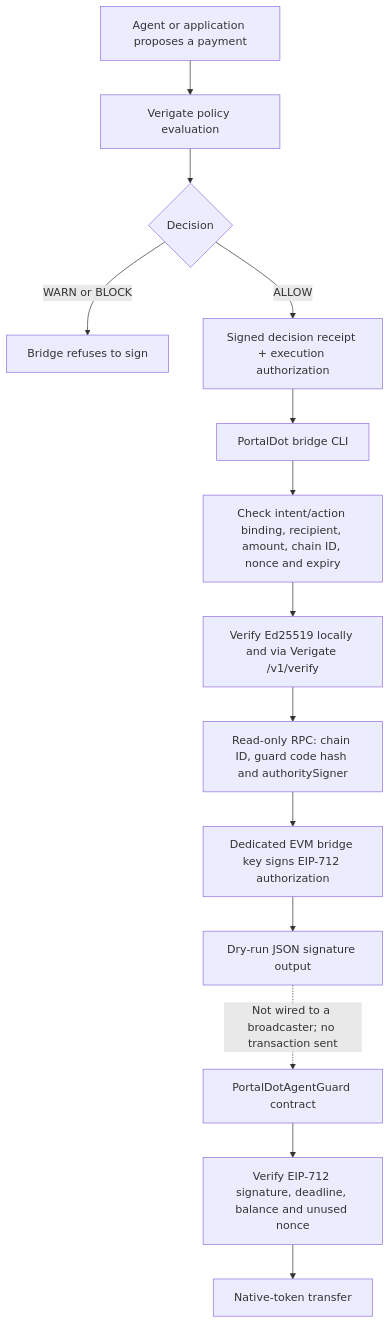
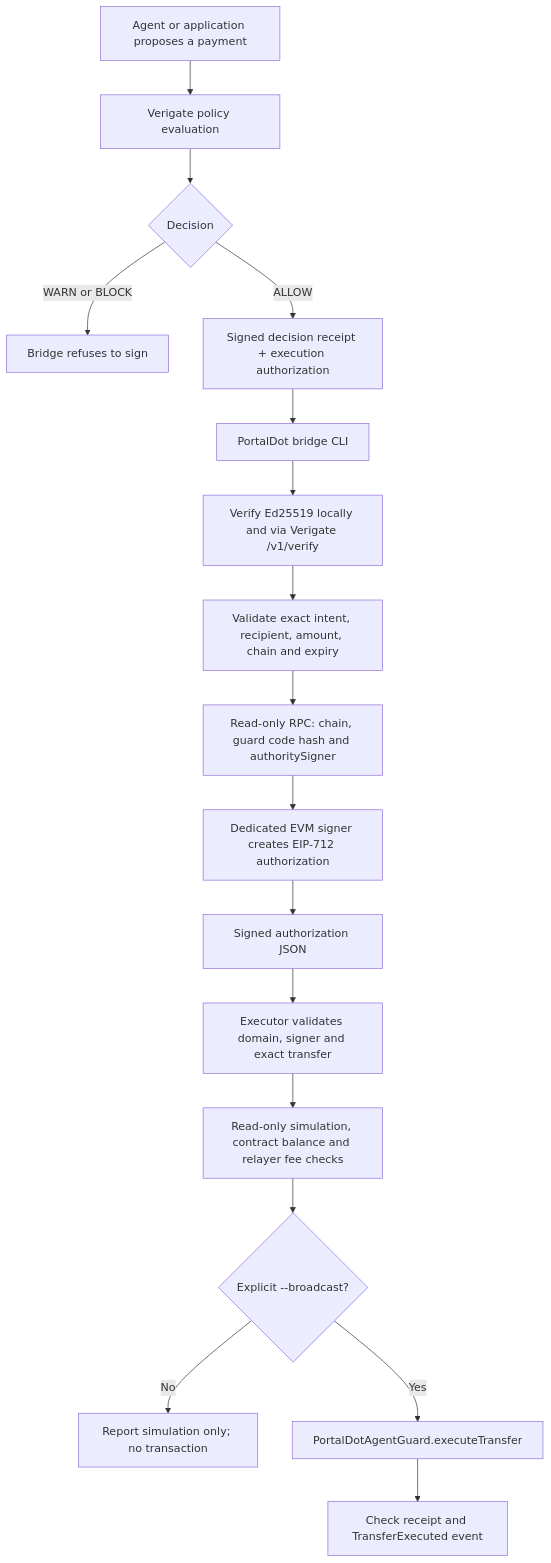
Before and after one commit to rudimentall1/verigate-portaldot: the diagram in docs/architecture.md, drawn with Mermaid. The commit also changed other lines of this file, not shown here.

Commit message:
docs: update architecture for guarded executor

````diff
--- a/docs/architecture.md
+++ b/docs/architecture.md
@@ -7,16 +7,19 @@
 ```mermaid
 flowchart TD
     A["Agent or application proposes a payment"] --> B["Verigate policy evaluation"]
     B --> C{"Decision"}
     C -->|WARN or BLOCK| X["Bridge refuses to sign"]
     C -->|ALLOW| D["Signed decision receipt + execution authorization"]
     D --> E["PortalDot bridge CLI"]
-    E --> F["Check intent/action binding, recipient, amount, chain ID, nonce and expiry"]
-    F --> G["Verify Ed25519 locally and via Verigate /v1/verify"]
-    G --> H["Read-only RPC: chain ID, guard code hash and authoritySigner"]
-    H --> H2["Dedicated EVM bridge key signs EIP-712 authorization"]
-    H2 --> I["Dry-run JSON signature output"]
-    I -. "Not wired to a broadcaster; no transaction sent" .-> J["PortalDotAgentGuard contract"]
-    J --> K["Verify EIP-712 signature, deadline, balance and unused nonce"]
-    K --> L["Native-token transfer"]
+    E --> F["Verify Ed25519 locally and via Verigate /v1/verify"]
+    F --> G["Validate exact intent, recipient, amount, chain and expiry"]
+    G --> H["Read-only RPC: chain, guard code hash and authoritySigner"]
+    H --> I["Dedicated EVM signer creates EIP-712 authorization"]
+    I --> J["Signed authorization JSON"]
+    J --> K["Executor validates domain, signer and exact transfer"]
+    K --> L["Read-only simulation, contract balance and relayer fee checks"]
+    L --> M{"Explicit --broadcast?"}
+    M -->|No| N["Report simulation only; no transaction"]
+    M -->|Yes| O["PortalDotAgentGuard.executeTransfer"]
+    O --> P["Check receipt and TransferExecuted event"]
 ```
````
